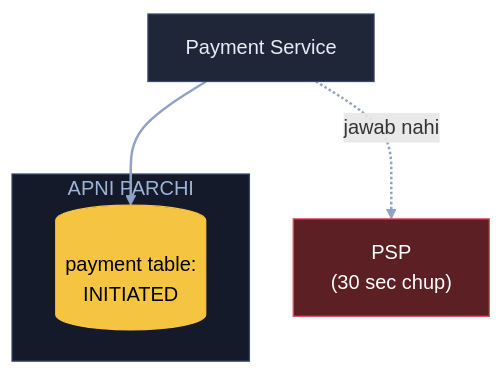
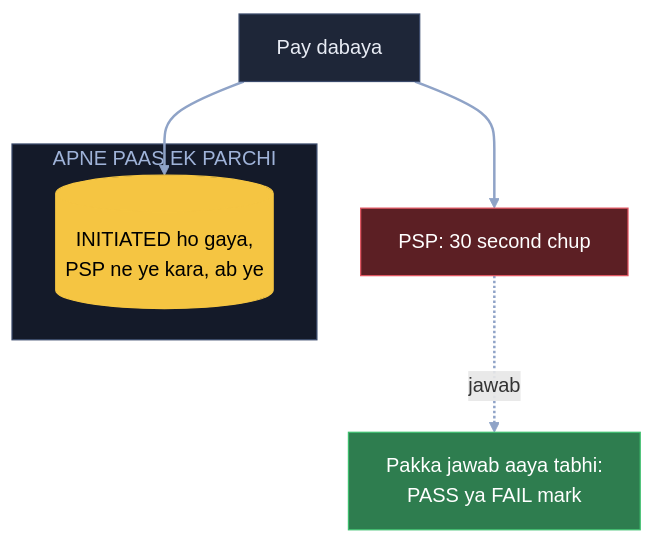
The second of 11 diagrams in 04_HLD/SYSTEM_DESIGNS/06_payment_system/06_payment_system.md (ArpanMaheshwari144/Prep), drawn with Mermaid before and after one commit. The commit also changed other lines of this file, not shown here.

Commit message:
Payment: 11 diagram hand notes ke shabdon se, K4 heading 'fallback tareeka'

````diff
--- a/04_HLD/SYSTEM_DESIGNS/06_payment_system/06_payment_system.md
+++ b/04_HLD/SYSTEM_DESIGNS/06_payment_system/06_payment_system.md
@@ -63,16 +63,18 @@
 ```mermaid
 flowchart TB
-    S["Payment Service"]:::card
-    subgraph AP["APNI PARCHI"]
-        D[("payment table:<br/>INITIATED")]:::pill
+    A["Pay dabaya"]:::card
+    subgraph AP["APNE PAAS EK PARCHI"]
+        D[("INITIATED ho gaya,<br/>PSP ne ye kara, ab ye")]:::pill
     end
-    P["PSP<br/>(30 sec chup)"]:::bad
-    S --> D
-    S -. "jawab nahi" .-> P
+    P["PSP: 30 second chup"]:::bad
+    R["Pakka jawab aaya tabhi:<br/>PASS ya FAIL mark"]:::good
+    A --> D
+    A --> P
+    P -. "jawab" .-> R
     linkStyle default stroke:#8fa3c7,stroke-width:2px
     classDef card fill:#1e2638,stroke:#3a4a6b,color:#e8ecf5
     classDef pill fill:#f5c542,stroke:#f5c542,color:#000
     classDef good fill:#2e7d4f,stroke:#3fbf6f,color:#fff
     classDef bad fill:#5c1f24,stroke:#e05561,color:#fff
     style AP fill:#141a29,stroke:#3a4a6b,color:#9fb3d9
 ```
````
